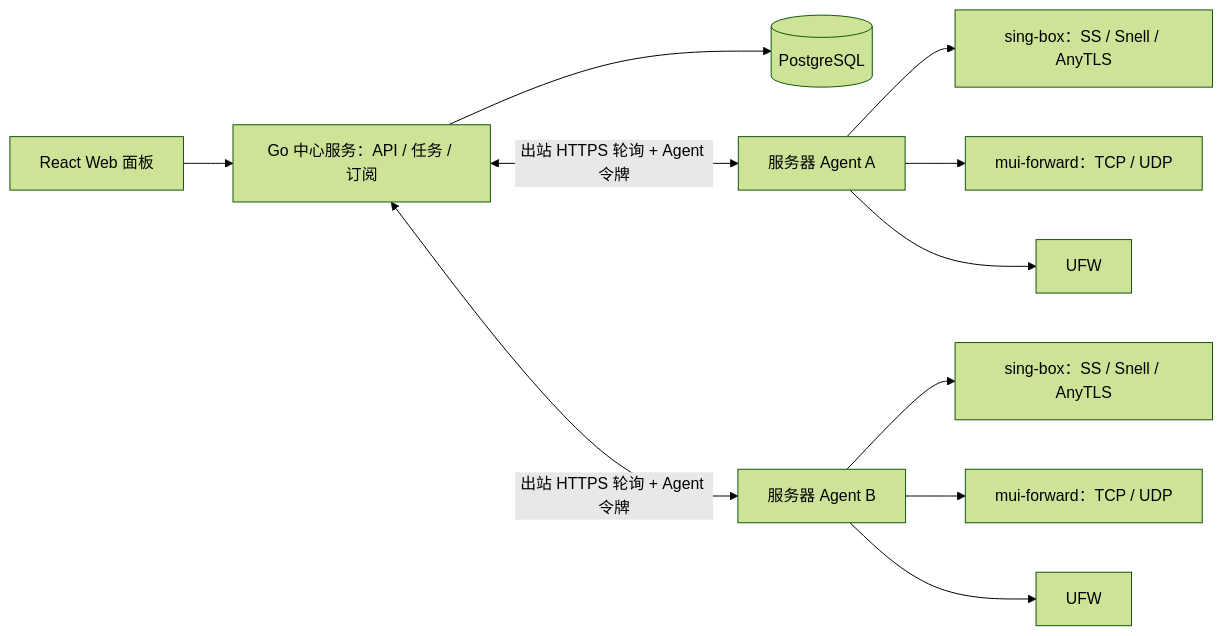
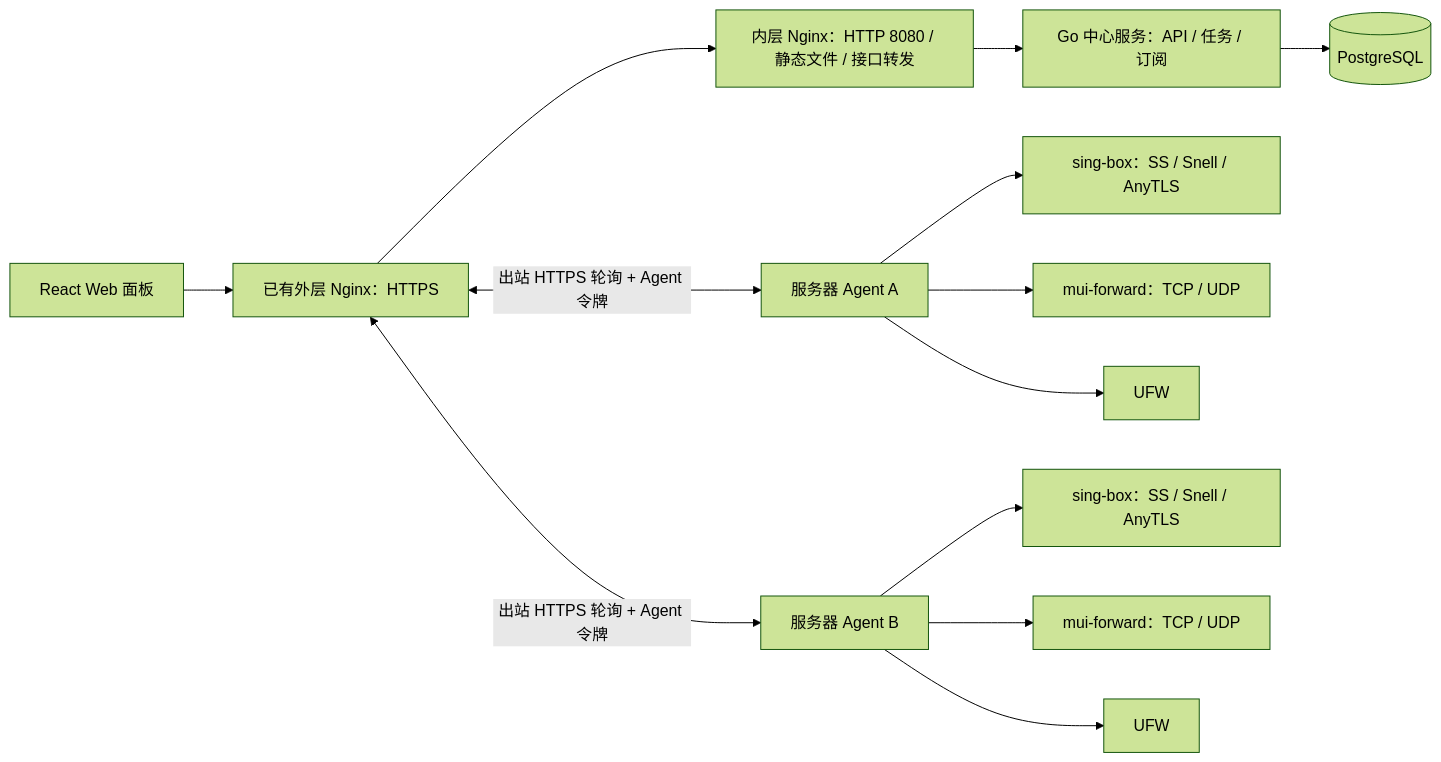
Before and after one commit to beanmtcat/mui: the diagram in DESIGN.md, drawn with Mermaid (forest theme). The commit also changed other lines of this file and 33 other files, not shown here.

````diff
--- a/DESIGN.md
+++ b/DESIGN.md
@@ -16,13 +16,15 @@
 ```mermaid
 flowchart LR
-    UI[React Web 面板] --> API[Go 中心服务：API / 任务 / 订阅]
+    UI[React Web 面板] --> EDGE[已有外层 Nginx：HTTPS]
+    EDGE --> WEB[内层 Nginx：HTTP 8080 / 静态文件 / 接口转发]
+    WEB --> API[Go 中心服务：API / 任务 / 订阅]
     API --> DB[(PostgreSQL)]
-    API <-->|出站 HTTPS 轮询 + Agent 令牌| A1[服务器 Agent A]
-    API <-->|出站 HTTPS 轮询 + Agent 令牌| A2[服务器 Agent B]
+    EDGE <-->|出站 HTTPS 轮询 + Agent 令牌| A1[服务器 Agent A]
+    EDGE <-->|出站 HTTPS 轮询 + Agent 令牌| A2[服务器 Agent B]
     A1 --> SB1[sing-box：SS / Snell / AnyTLS]
     A1 --> PF1[mui-forward：TCP / UDP]
     A1 --> FW1[UFW]
     A2 --> SB2[sing-box：SS / Snell / AnyTLS]
     A2 --> PF2[mui-forward：TCP / UDP]
     A2 --> FW2[UFW]
 ```
````
